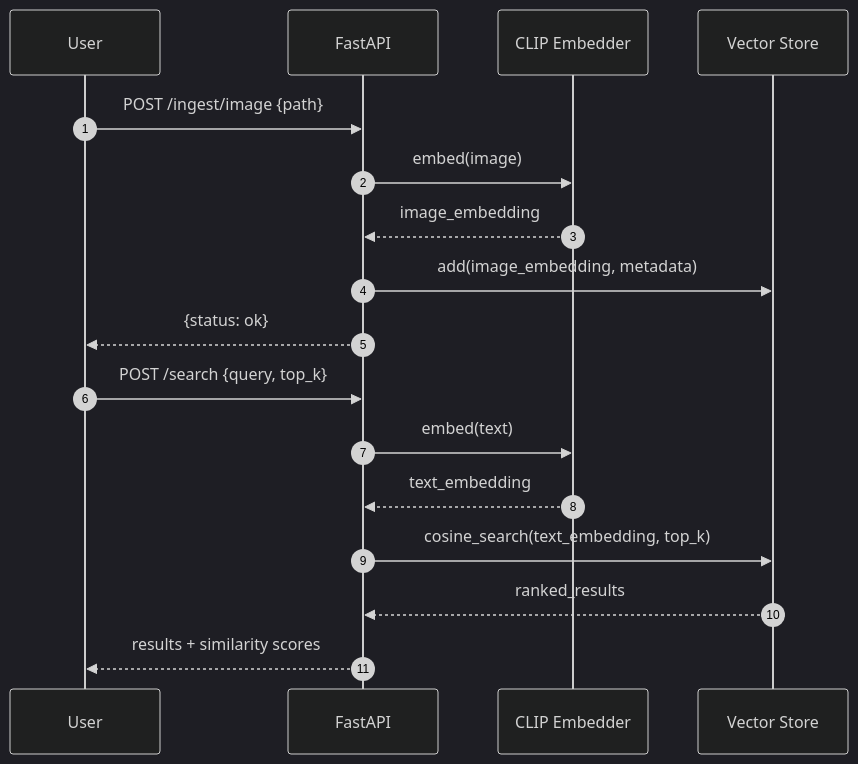
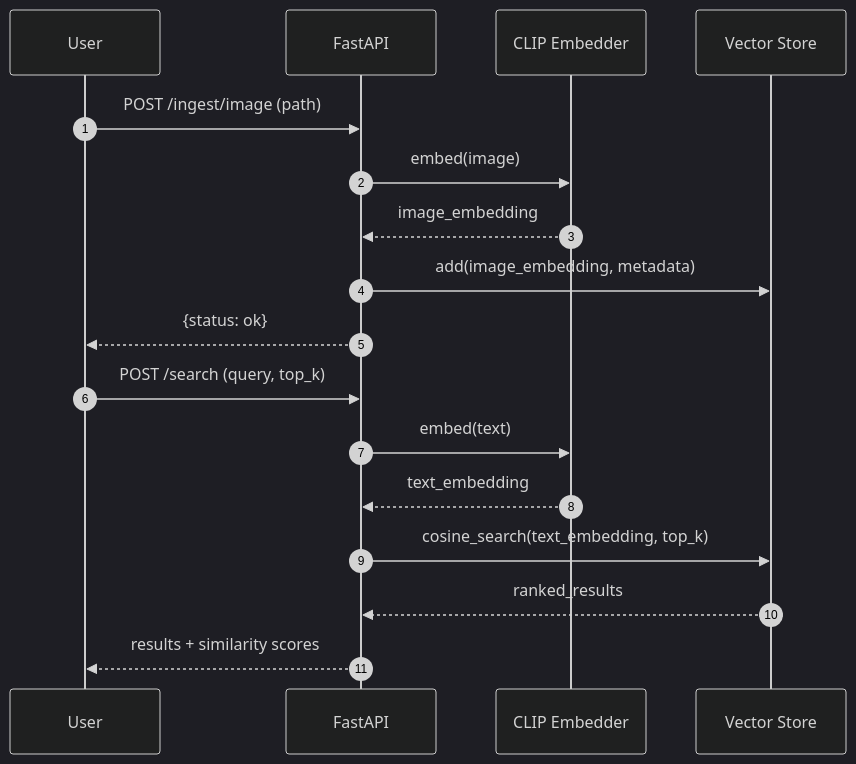
Before and after one commit to aaryabookseller16/Vision-Query: the second of 2 diagrams in README.md, drawn with Mermaid (dark theme). The commit also changed other lines of this file, not shown here.

````diff
--- a/README.md
+++ b/README.md
@@ -47,21 +43,21 @@
 ```mermaid
 sequenceDiagram
   autonumber
   participant U as User
   participant A as FastAPI
   participant M as CLIP Embedder
   participant V as Vector Store
 
-  U->>A: POST /ingest/image {path}
+  U->>A: POST /ingest/image (path)
   A->>M: embed(image)
   M-->>A: image_embedding
   A->>V: add(image_embedding, metadata)
   A-->>U: {status: ok}
 
-  U->>A: POST /search {query, top_k}
+  U->>A: POST /search (query, top_k)
   A->>M: embed(text)
   M-->>A: text_embedding
   A->>V: cosine_search(text_embedding, top_k)
   V-->>A: ranked_results
   A-->>U: results + similarity scores
 ```
````
